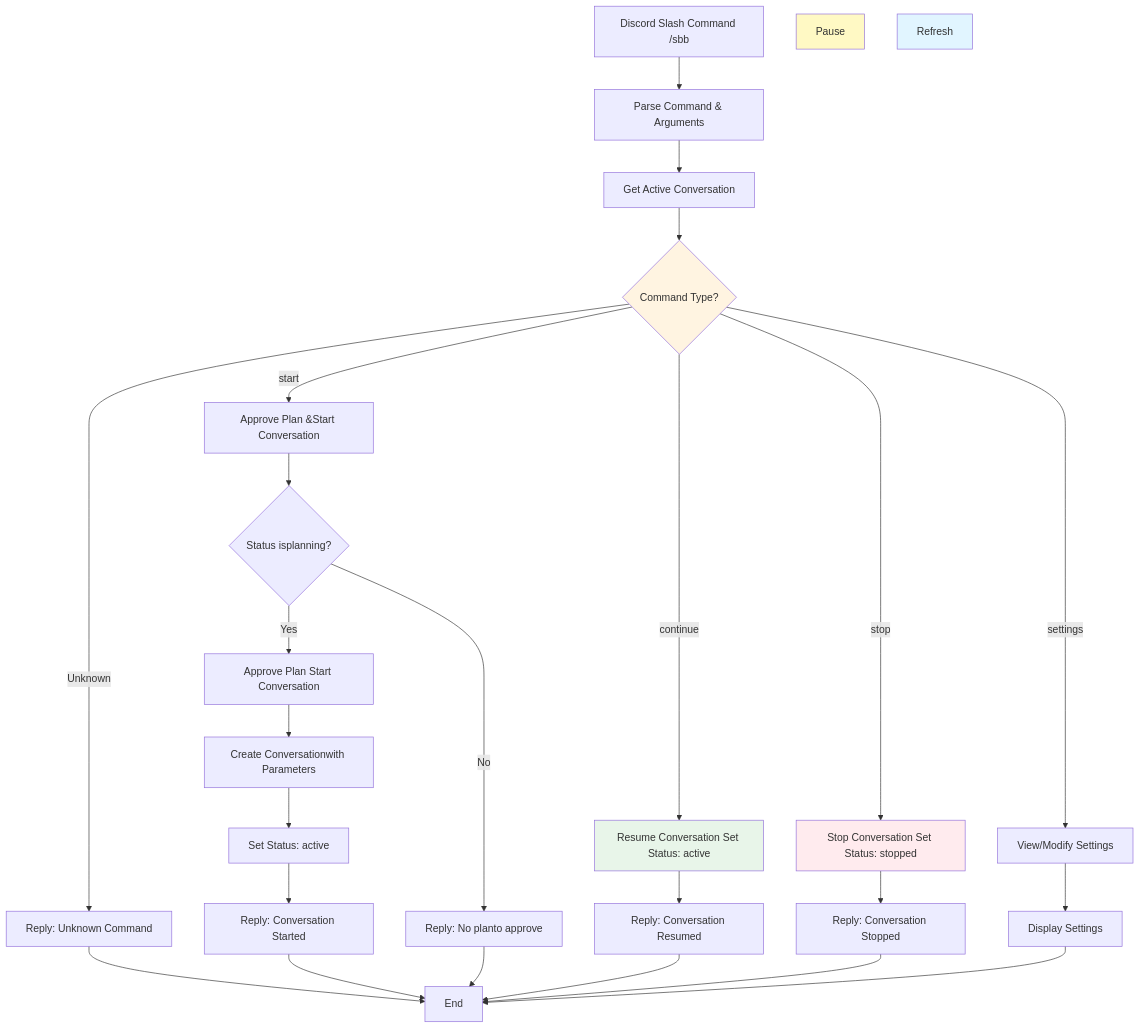
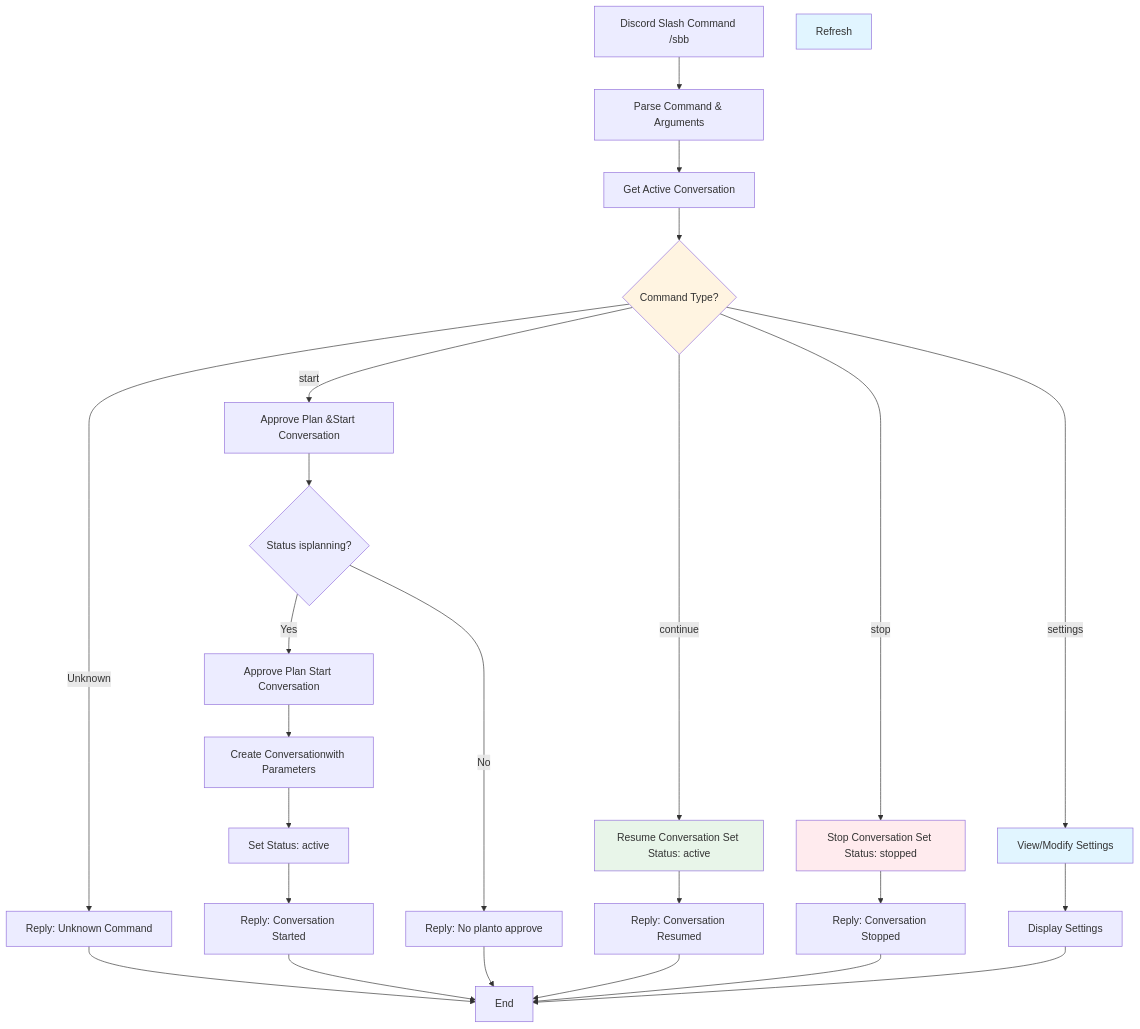
Before and after one commit to jak-pan/super-brainstorm-bot: diagram 16 of 16 in ARCHITECTURE.md, drawn with Mermaid.

Commit message:
Clean up flowchart styles

````diff
--- a/ARCHITECTURE.md
+++ b/ARCHITECTURE.md
@@ -1246,36 +1246,36 @@
 ```mermaid
 flowchart TD
     CmdStart[Discord Slash Command /sbb] --> Parse[Parse Command & Arguments]
     Parse --> GetConversation[Get Active Conversation]
     GetConversation --> CheckCommand{Command Type?}
     
     CheckCommand -->|start| StartCmd[Approve Plan &Start Conversation]
     CheckCommand -->|continue| Continue[Resume Conversation Set Status: active]
     CheckCommand -->|stop| Stop[Stop Conversation Set Status: stopped]
     CheckCommand -->|settings| Settings[View/Modify Settings]
     CheckCommand -->|Unknown| Unknown[Reply: Unknown Command]
     
     StartCmd --> CheckPlanning{Status isplanning?}
     CheckPlanning -->|Yes| ApprovePlan[Approve Plan Start Conversation]
     CheckPlanning -->|No| ReplyNotPlanning[Reply: No planto approve]
     ApprovePlan --> CreateConv[Create Conversationwith Parameters]
     CreateConv --> SetActive[Set Status: active]
     SetActive --> ReplyStarted[Reply: Conversation Started]
     
     Continue --> ReplyContinue[Reply: Conversation Resumed]
     Stop --> ReplyStop[Reply: Conversation Stopped]
     Settings --> ShowSettings[Display Settings]
     Unknown --> End[End]
     
     ReplyStarted --> End[End]
     ReplyNotPlanning --> End
     ReplyContinue --> End[End]
     ReplyStop --> End
     ShowSettings --> End
     
     style CheckCommand fill:#fff4e1
     style Continue fill:#e8f5e9
     style Stop fill:#ffebee
-    style Pause fill:#fff9c4
+    style Settings fill:#e1f5ff
     style Refresh fill:#e1f5ff
 ```
````
